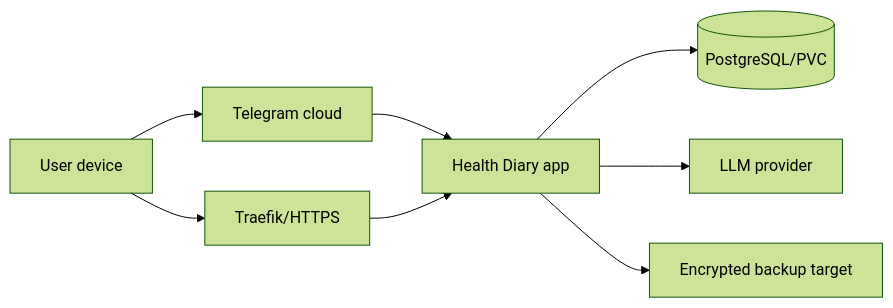
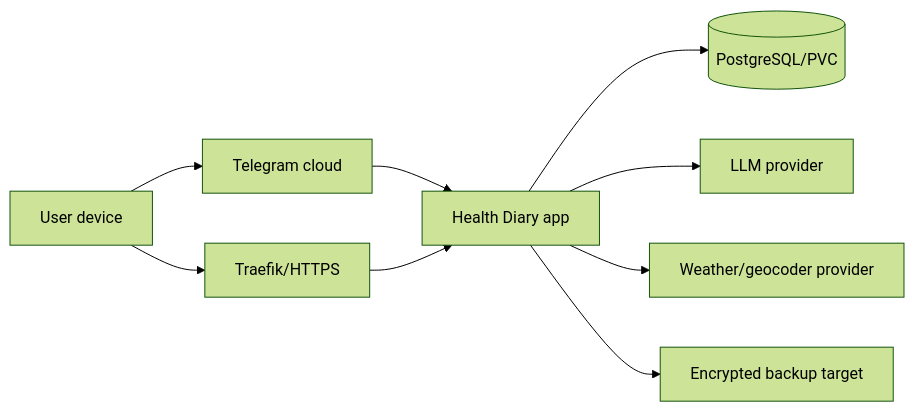
Before and after one commit to positron48/health-diary: the diagram in docs/SECURITY.md, drawn with Mermaid (forest theme). The commit also changed other lines of this file and 39 other files, not shown here.

````diff
--- a/docs/SECURITY.md
+++ b/docs/SECURITY.md
@@ -11,10 +11,11 @@
 ```mermaid
 flowchart LR
     U[User device] --> T[Telegram cloud]
     T --> A[Health Diary app]
     A --> DB[(PostgreSQL/PVC)]
     A --> L[LLM provider]
+    A --> W[Weather/geocoder provider]
     A --> B[Encrypted backup target]
     U --> I[Traefik/HTTPS]
     I --> A
 ```
````
